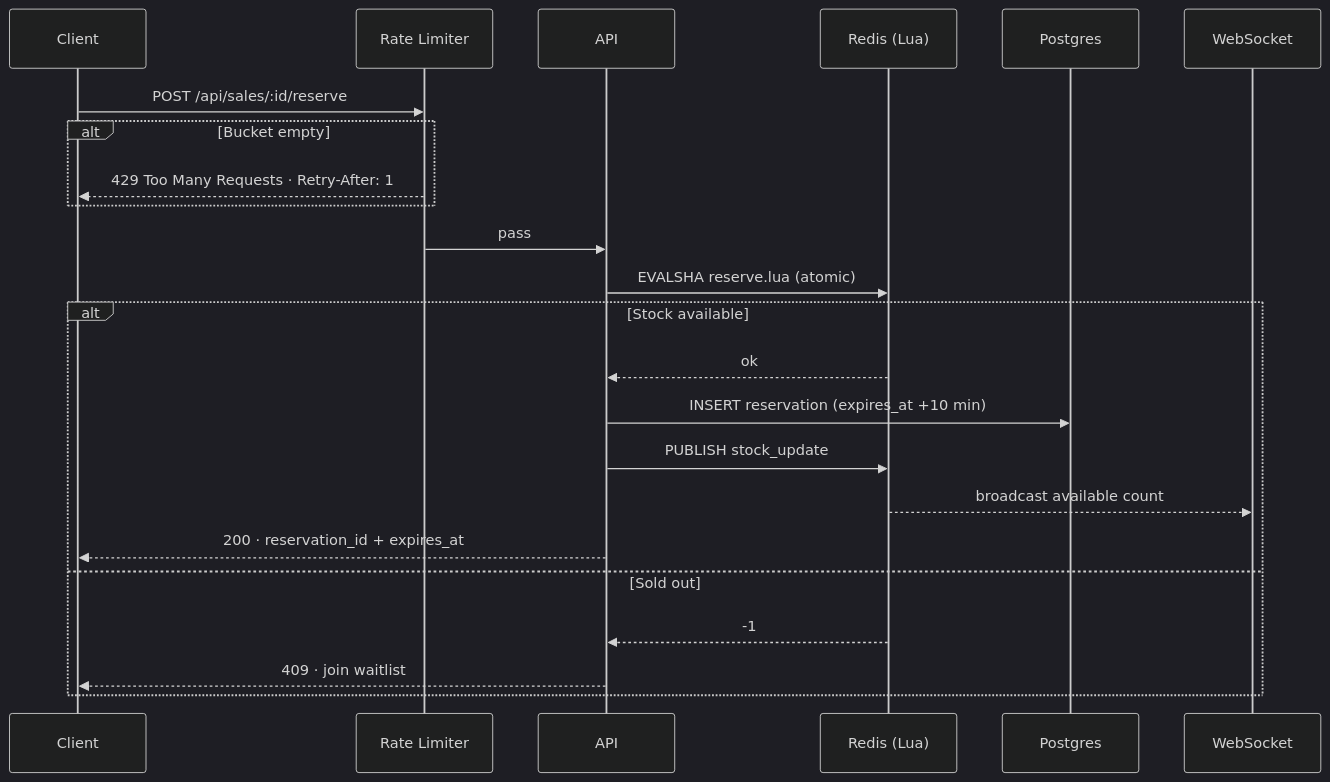
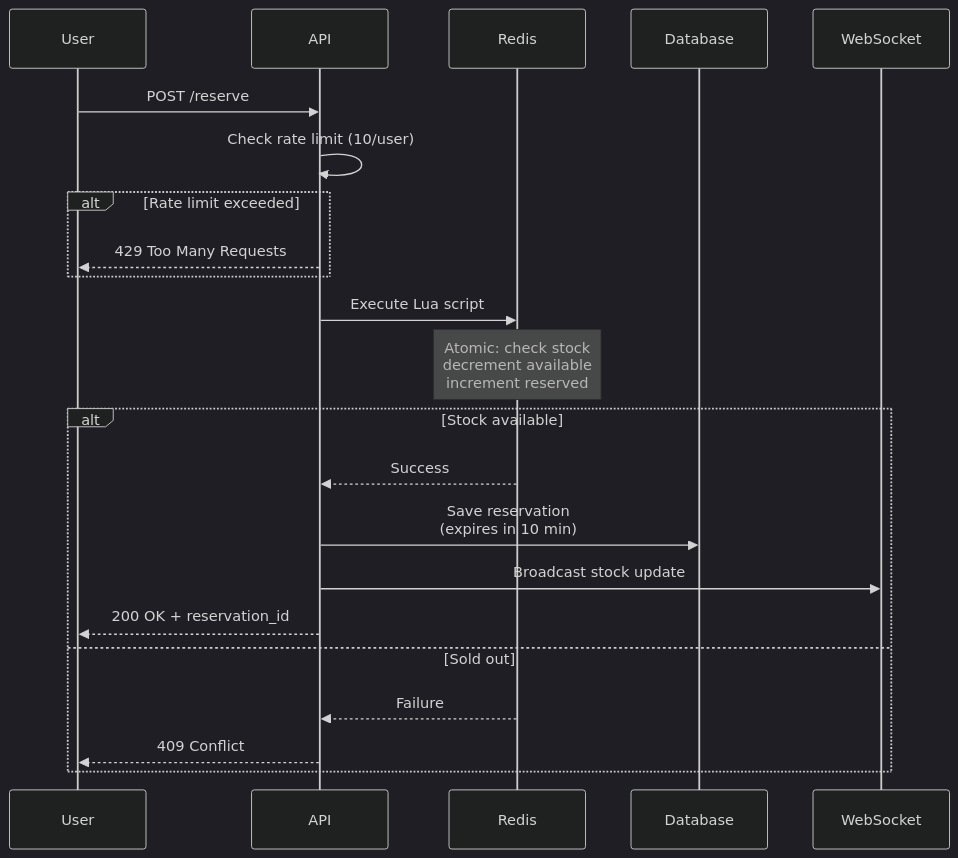
Before and after one commit to Siddhesh-source/flash_sale: the third of 5 diagrams in README.md, drawn with Mermaid (dark theme). The commit also changed other lines of this file, not shown here.

````diff
--- a/README.md
+++ b/README.md
@@ -94,26 +150,28 @@
 ```mermaid
 sequenceDiagram
-    participant C as Client
-    participant RL as Rate Limiter
+    participant User
     participant API
-    participant R as Redis (Lua)
-    participant PG as Postgres
-    participant WS as WebSocket
+    participant Redis
+    participant Database
+    participant WebSocket
 
-    C->>RL: POST /api/sales/:id/reserve
-    alt Bucket empty
-        RL-->>C: 429 Too Many Requests · Retry-After: 1
+    User->>API: POST /reserve
+    API->>API: Check rate limit (10/user)
+    
+    alt Rate limit exceeded
+        API-->>User: 429 Too Many Requests
     end
-    RL->>API: pass
-    API->>R: EVALSHA reserve.lua (atomic)
+    
+    API->>Redis: Execute Lua script
+    Note over Redis: Atomic: check stock<br/>decrement available<br/>increment reserved
+    
     alt Stock available
-        R-->>API: ok
-        API->>PG: INSERT reservation (expires_at +10 min)
-        API->>R: PUBLISH stock_update
-        R-->>WS: broadcast available count
-        API-->>C: 200 · reservation_id + expires_at
+        Redis-->>API: Success
+        API->>Database: Save reservation<br/>(expires in 10 min)
+        API->>WebSocket: Broadcast stock update
+        API-->>User: 200 OK + reservation_id
     else Sold out
-        R-->>API: -1
-        API-->>C: 409 · join waitlist
+        Redis-->>API: Failure
+        API-->>User: 409 Conflict
     end
 ```
````
